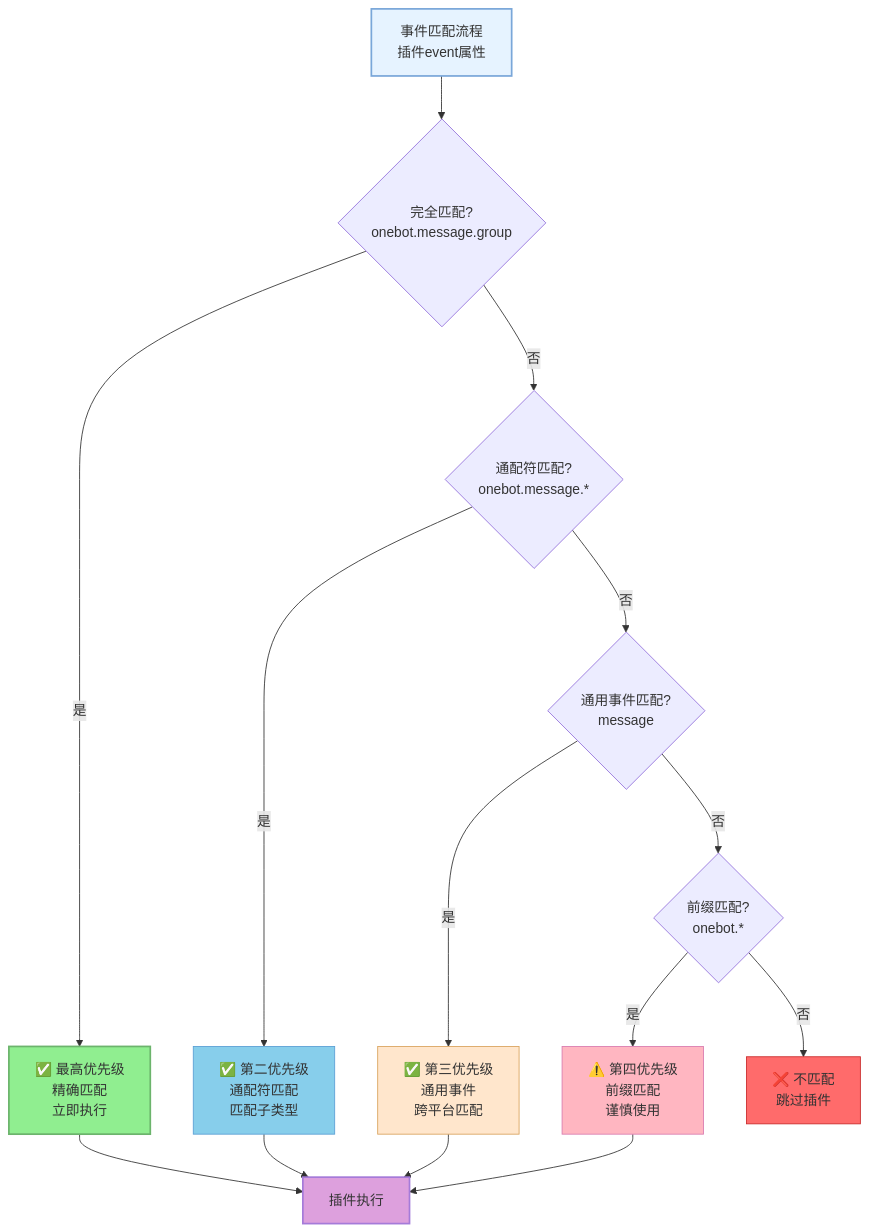
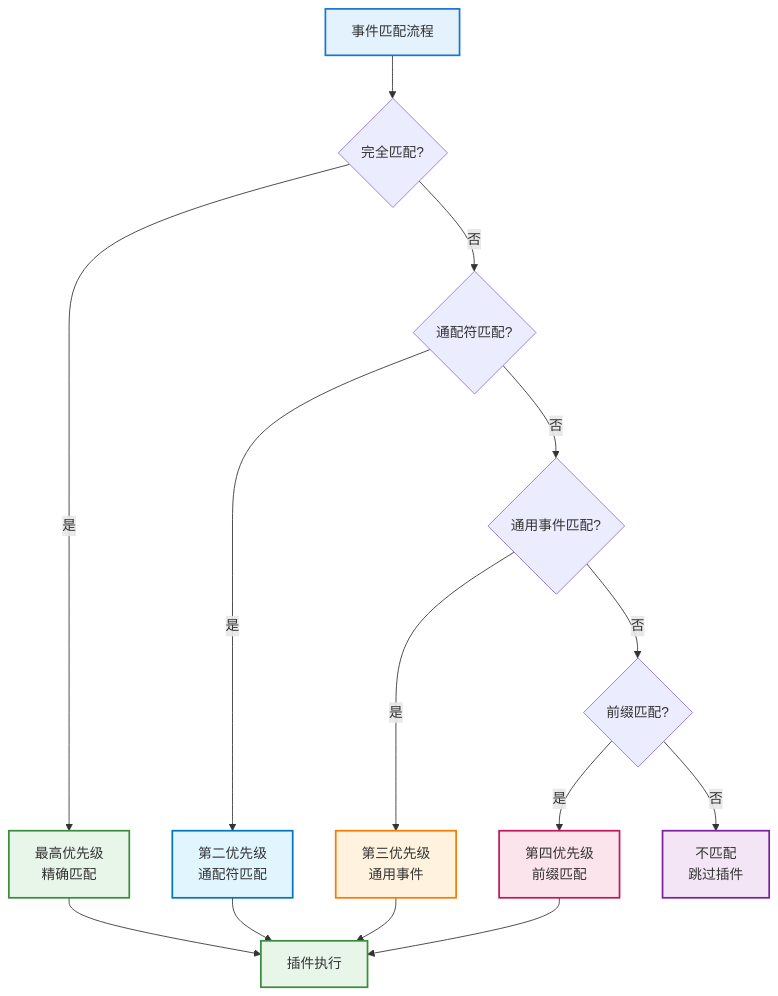
One commit to sunflowermm/XRK-AGT changed the second of 4 diagrams in docs/事件系统标准化文档.md. Above: the diagram before and after it, drawn with Mermaid. The commit also changed other lines of this file and 19 other files, not shown here.

````diff
--- a/docs/事件系统标准化文档.md
+++ b/docs/事件系统标准化文档.md
@@ -35,25 +35,25 @@
 ```mermaid
 flowchart TB
-    A["事件匹配流程<br/>插件event属性"] --> B{完全匹配?<br/>onebot.message.group}
-    B -->|是| C["✅ 最高优先级<br/>精确匹配<br/>立即执行"]
-    B -->|否| D{通配符匹配?<br/>onebot.message.*}
-    D -->|是| E["✅ 第二优先级<br/>通配符匹配<br/>匹配子类型"]
-    D -->|否| F{通用事件匹配?<br/>message}
-    F -->|是| G["✅ 第三优先级<br/>通用事件<br/>跨平台匹配"]
-    F -->|否| H{前缀匹配?<br/>onebot.*}
-    H -->|是| I["⚠️ 第四优先级<br/>前缀匹配<br/>谨慎使用"]
-    H -->|否| J["❌ 不匹配<br/>跳过插件"]
+    A["事件匹配流程"] --> B{完全匹配?}
+    B -->|是| C["最高优先级<br/>精确匹配"]
+    B -->|否| D{通配符匹配?}
+    D -->|是| E["第二优先级<br/>通配符匹配"]
+    D -->|否| F{通用事件匹配?}
+    F -->|是| G["第三优先级<br/>通用事件"]
+    F -->|否| H{前缀匹配?}
+    H -->|是| I["第四优先级<br/>前缀匹配"]
+    H -->|否| J["不匹配<br/>跳过插件"]
     
     C --> K["插件执行"]
     E --> K
     G --> K
     I --> K
     
-    style A fill:#E6F3FF,stroke:#7AA7D9,stroke-width:2px
-    style C fill:#90EE90,stroke:#6CB46C,stroke-width:2px
-    style E fill:#87CEEB,stroke:#5A9FD4
-    style G fill:#FFE6CC,stroke:#D9A35D
-    style I fill:#FFB6C1,stroke:#D97BAF
-    style J fill:#FF6B6B,stroke:#C92A2A
-    style K fill:#DDA0DD,stroke:#A57BD9,stroke-width:2px
+    style A fill:#E3F2FD,stroke:#1976D2,stroke-width:2px
+    style C fill:#E8F5E9,stroke:#388E3C,stroke-width:2px
+    style E fill:#E1F5FE,stroke:#0277BD,stroke-width:2px
+    style G fill:#FFF3E0,stroke:#F57C00,stroke-width:2px
+    style I fill:#FCE4EC,stroke:#C2185B,stroke-width:2px
+    style J fill:#F3E5F5,stroke:#7B1FA2,stroke-width:2px
+    style K fill:#E8F5E9,stroke:#388E3C,stroke-width:2px
 ```
````
